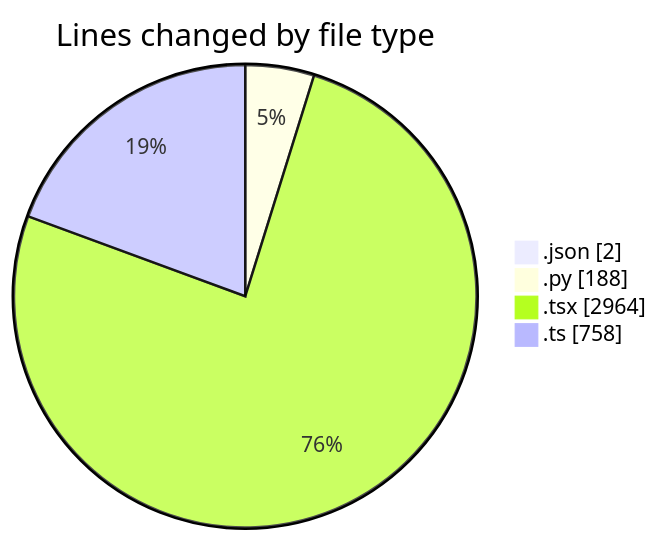
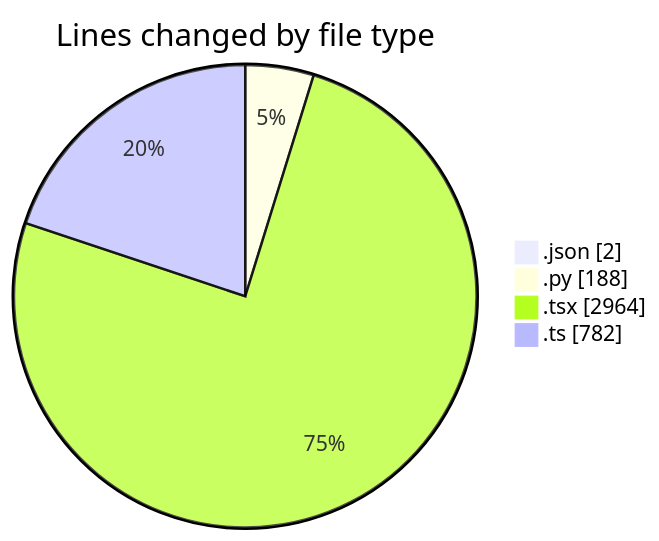
One commit to julien-gomy/code-tracking changed the first of 2 diagrams in 2025-10-06/eventscop-frontend-guide__workspace_/README.md. Above: the diagram before and after it, drawn with Mermaid. The commit also changed other lines of this file and 1 other file, not shown here.

````diff
--- a/2025-10-06/eventscop-frontend-guide__workspace_/README.md
+++ b/2025-10-06/eventscop-frontend-guide__workspace_/README.md
@@ -44,8 +44,8 @@
 ```mermaid
 pie showData
 title Lines changed by file type
 ".json" : 2
 ".py" : 188
 ".tsx" : 2964
-".ts" : 758
+".ts" : 782
 ```
````
